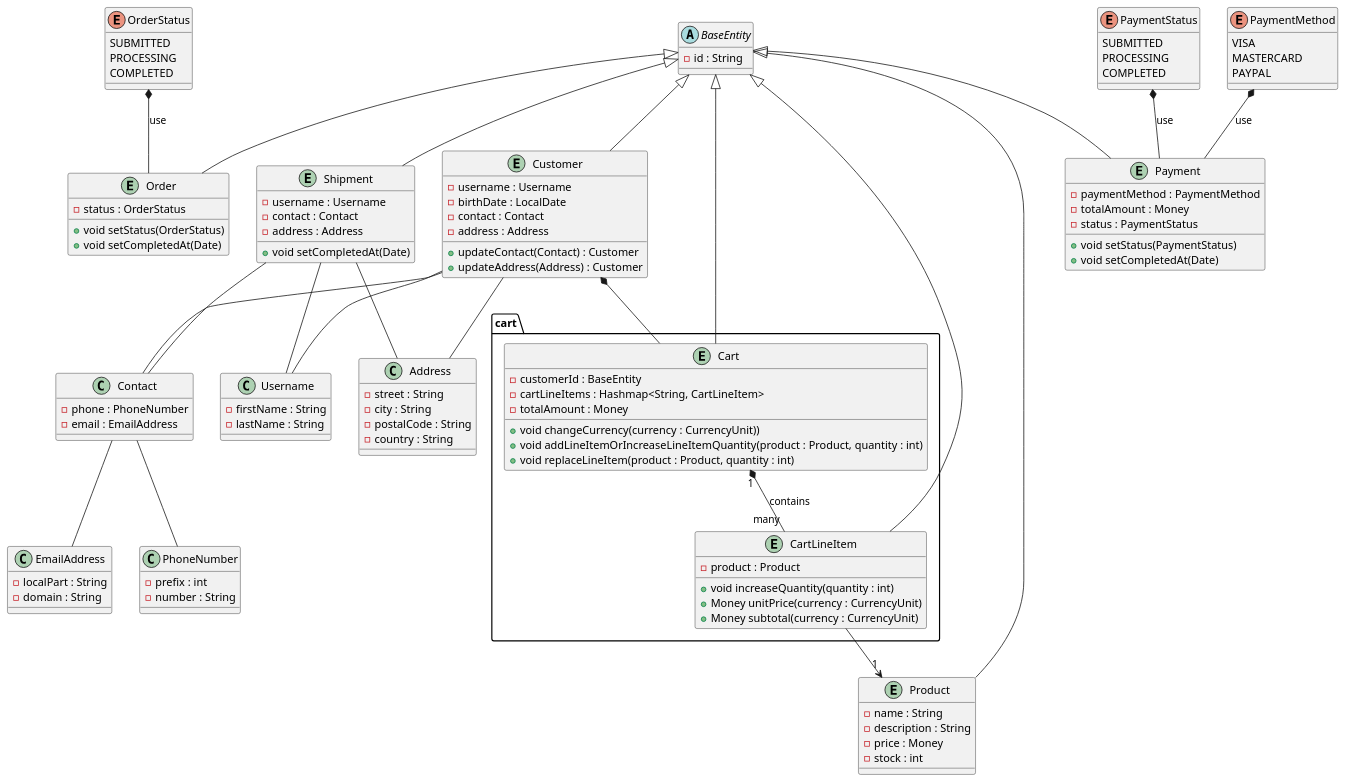
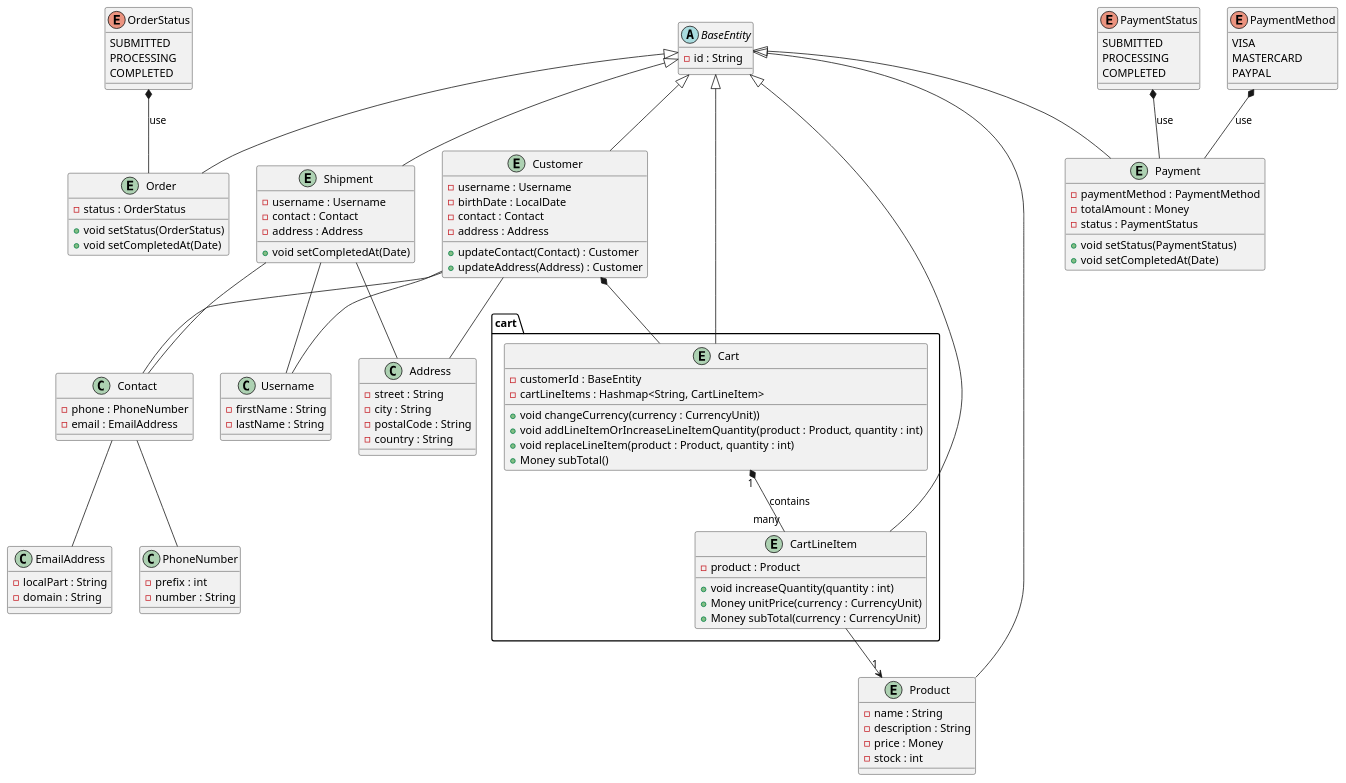
Before and after one commit to kagokla/lexailec-store: the diagram in doc/domain_model_diagram.puml, drawn with PlantUML.

Commit message:
Update the Cart model

```diff
--- a/doc/domain_model_diagram.puml
+++ b/doc/domain_model_diagram.puml
@@ -1,123 +1,123 @@
 @startuml
 'https://plantuml.com/class-diagram
 
 
 abstract class BaseEntity {
 - id : String
 }
 
 class PhoneNumber {
 - prefix : int
 - number : String
 }
 
 class EmailAddress {
 - localPart : String
 - domain : String
 }
 
 class Contact {
 - phone : PhoneNumber
 - email : EmailAddress
 }
 
 class Address {
 - street : String
 - city : String
 - postalCode : String
 - country : String
 }
 
 class Username {
 - firstName : String
 - lastName : String
 }
 
 entity Customer extends BaseEntity {
 - username : Username
 - birthDate : LocalDate
 - contact : Contact
 - address : Address
 + updateContact(Contact) : Customer
 + updateAddress(Address) : Customer
 }
 
 entity Product extends BaseEntity {
 - name : String
 - description : String
 - price : Money
 - stock : int
 }
 
 enum PaymentStatus {
 SUBMITTED
 PROCESSING
 COMPLETED
 }
 
 enum PaymentMethod {
 VISA
 MASTERCARD
 PAYPAL
 }
 
 entity Payment extends BaseEntity {
 - paymentMethod : PaymentMethod
 - totalAmount : Money
 - status : PaymentStatus
 + void setStatus(PaymentStatus)
 + void setCompletedAt(Date)
 }
 
 
 entity Shipment extends BaseEntity {
 - username : Username
 - contact : Contact
 - address : Address
 + void setCompletedAt(Date)
 }
 
 entity cart.CartLineItem extends BaseEntity {
 - product : Product
 + void increaseQuantity(quantity : int)
 + Money unitPrice(currency : CurrencyUnit)
-+ Money subtotal(currency : CurrencyUnit)
++ Money subTotal(currency : CurrencyUnit)
 }
 
 entity cart.Cart extends BaseEntity {
 - customerId : BaseEntity
 - cartLineItems : Hashmap<String, CartLineItem>
-- totalAmount : Money
 + void changeCurrency(currency : CurrencyUnit))
 + void addLineItemOrIncreaseLineItemQuantity(product : Product, quantity : int)
 + void replaceLineItem(product : Product, quantity : int)
++ Money subTotal()
 }
 
 enum OrderStatus {
 SUBMITTED
 PROCESSING
 COMPLETED
 }
 
 entity Order extends BaseEntity {
 - status : OrderStatus
 + void setStatus(OrderStatus)
 + void setCompletedAt(Date)
 }
 
 CartLineItem --> "1" Product
 Cart "1" *-- "many" CartLineItem : contains
 Customer *-- Cart
 OrderStatus *-- Order : use
 PaymentStatus *-- Payment : use
 PaymentMethod *-- Payment : use
 Contact -- PhoneNumber
 Contact -- EmailAddress
 Customer -- Contact
 Customer -- Username
 Customer -- Address
 Shipment -- Contact
 Shipment -- Username
 Shipment -- Address
 
 @enduml
```
